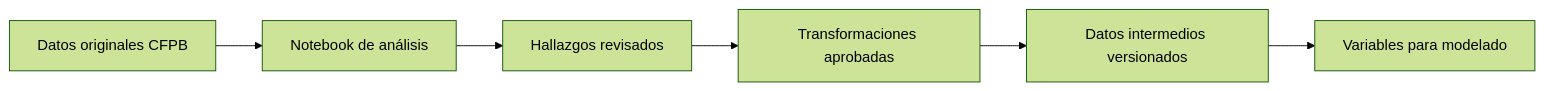
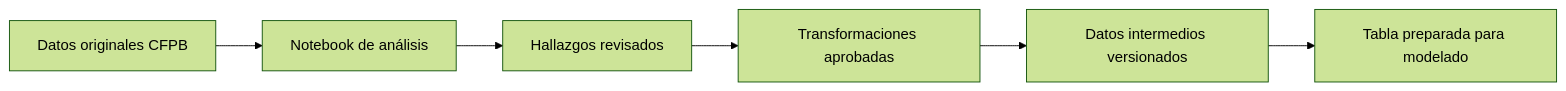
Before and after one commit to Codenid/capstone-claims-triage: the diagram in README.md, drawn with Mermaid (forest theme). The commit also changed other lines of this file and 12 other files, not shown here.

````diff
--- a/README.md
+++ b/README.md
@@ -79,8 +92,8 @@
 ```mermaid
 flowchart LR
     A[Datos originales CFPB] --> B[Notebook de análisis]
     B --> C[Hallazgos revisados]
     C --> D[Transformaciones aprobadas]
     D --> E[Datos intermedios versionados]
-    E --> F[Variables para modelado]
+    E --> F[Tabla preparada para modelado]
 ```
````
